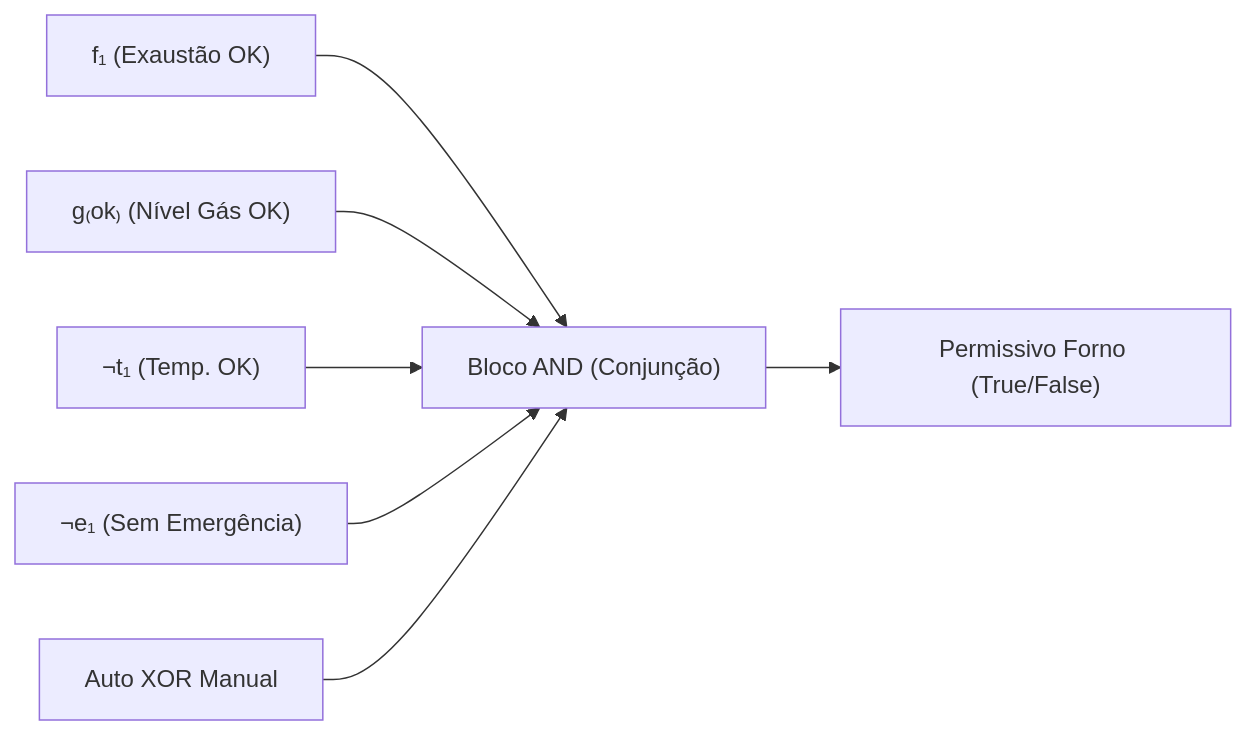
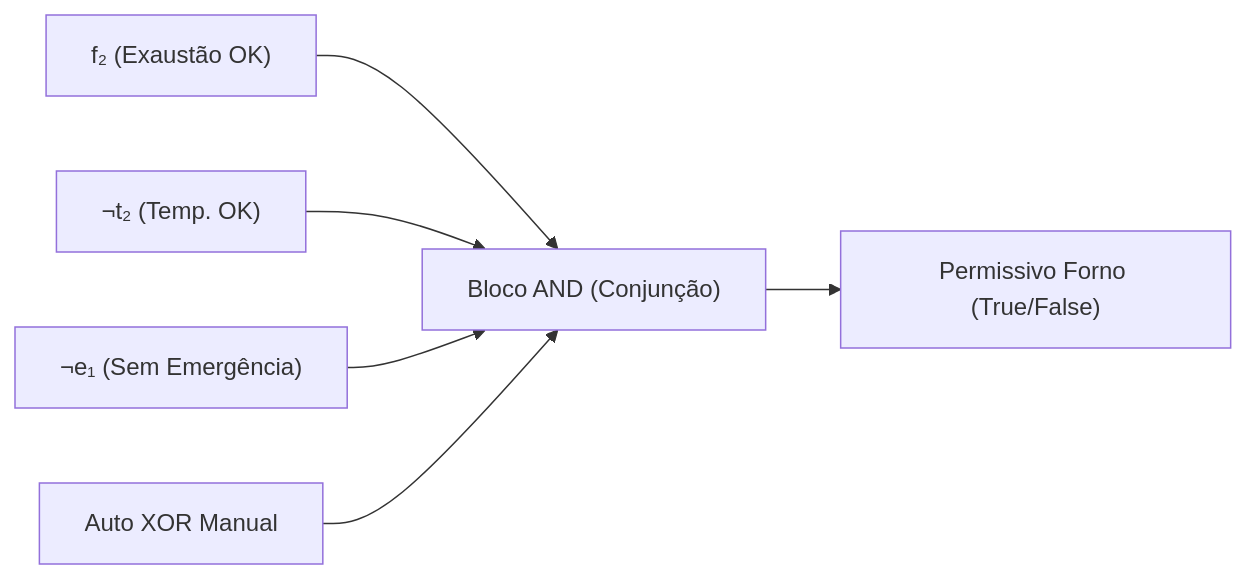
One commit to AnnaGavinho/Grupo-7-ECAA08 changed the diagram in etapa-01-logica/04 - Logica Proposicional Conectivos e Permissivos.md. Above: the diagram before and after it, drawn with Mermaid. The commit also changed other lines of this file, not shown here.

````diff
--- a/etapa-01-logica/04 - Logica Proposicional Conectivos e Permissivos.md
+++ b/etapa-01-logica/04 - Logica Proposicional Conectivos e Permissivos.md
@@ -36,9 +30,8 @@
 ```mermaid
 graph LR
-    L1["f₁ (Exaustão OK)"] --> AND["Bloco AND (Conjunção)"]
-    L2["g₍ok₎ (Nível Gás OK)"] --> AND
-    L3["¬t₁ (Temp. OK)"] --> AND
-    L4["¬e₁ (Sem Emergência)"] --> AND
-    L5["Auto XOR Manual"] --> AND
+    L1["f₂ (Exaustão OK)"] --> AND["Bloco AND (Conjunção)"]
+    L2["¬t₂ (Temp. OK)"] --> AND
+    L3["¬e₁ (Sem Emergência)"] --> AND
+    L4["Auto XOR Manual"] --> AND
     AND --> Permissivo["Permissivo Forno (True/False)"]
 ```
````
